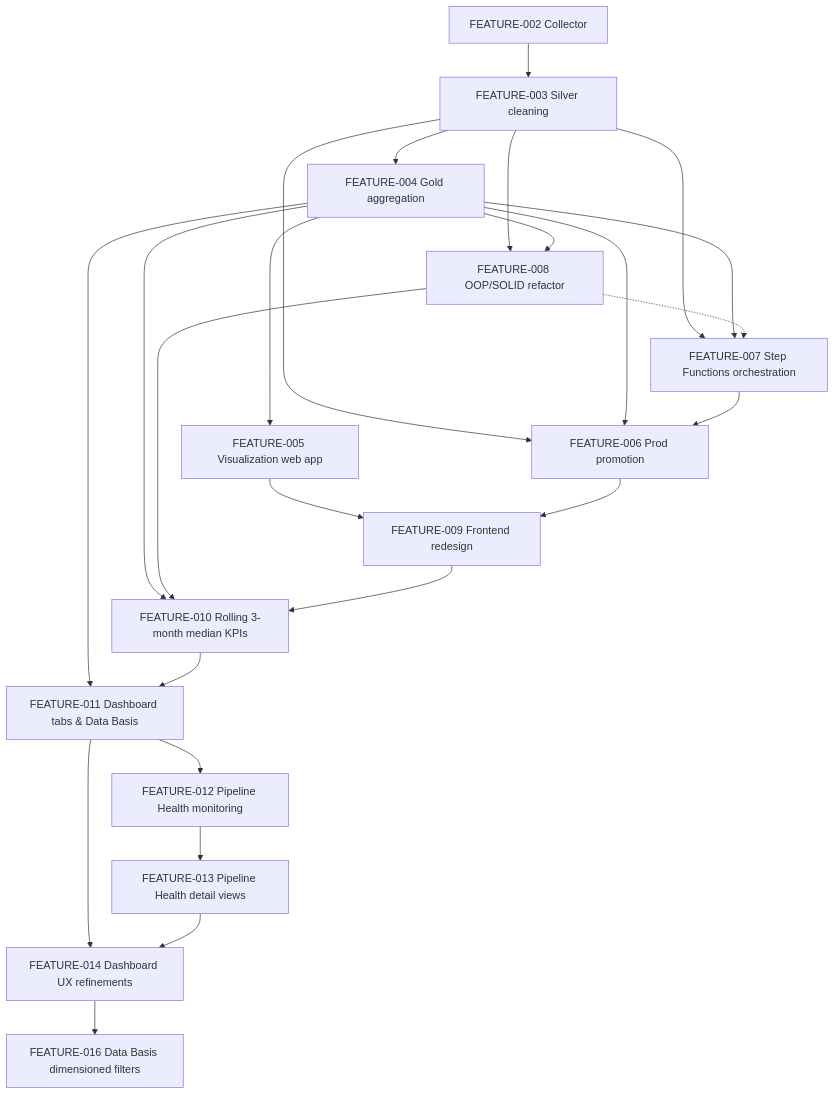
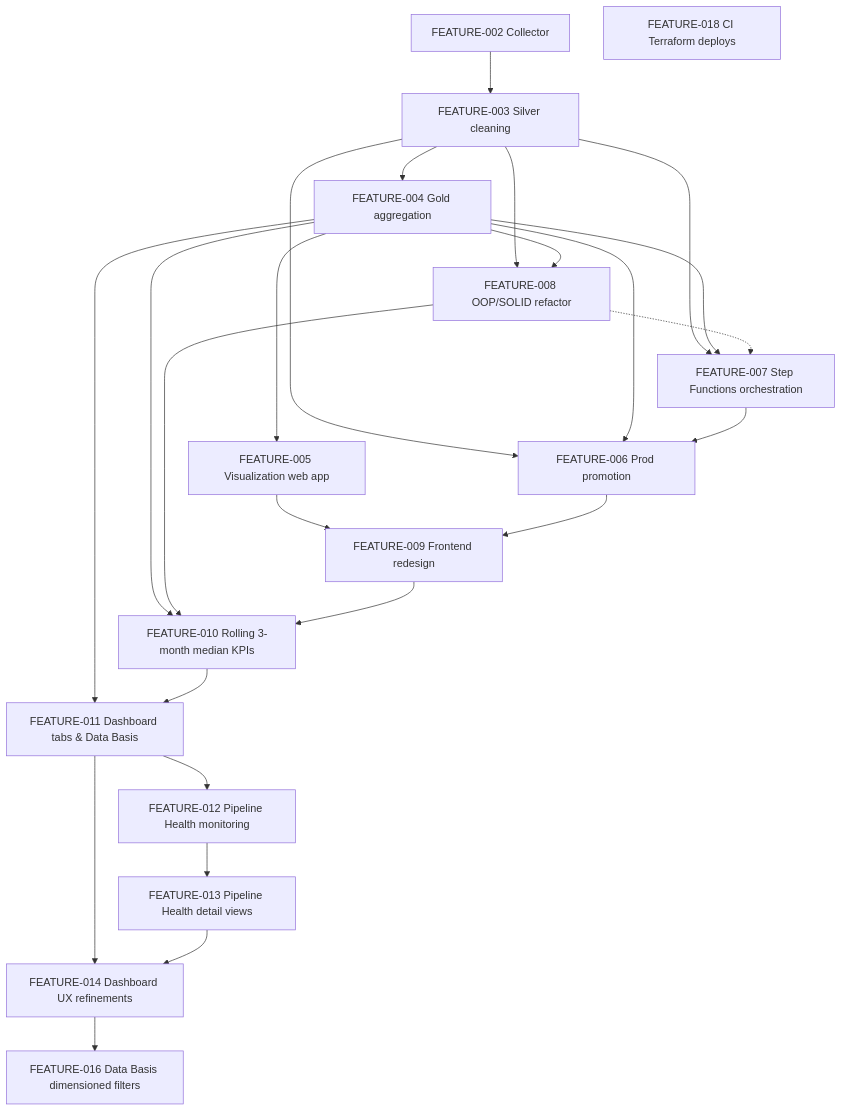
One commit to LeopoldWalther/vlc-market-pulse changed the diagram in dev/plans/README.md. Above: the diagram before and after it, drawn with Mermaid. The commit also changed other lines of this file and 1 other file, not shown here.

Commit message:
docs(plans): add FEATURE-018 CI terraform deploys
Claude-Session: https://claude.ai/code/session_01PC5djNaoygKZSLKr1dEkzH

````diff
--- a/dev/plans/README.md
+++ b/dev/plans/README.md
@@ -31,26 +32,27 @@
 ```mermaid
 graph TD
     F002[FEATURE-002 Collector] --> F003[FEATURE-003 Silver cleaning]
     F003 --> F004[FEATURE-004 Gold aggregation]
     F004 --> F005[FEATURE-005 Visualization web app]
     F003 --> F006[FEATURE-006 Prod promotion]
     F004 --> F006
     F003 --> F007[FEATURE-007 Step Functions orchestration]
     F004 --> F007
     F007 --> F006
     F003 --> F008[FEATURE-008 OOP/SOLID refactor]
     F004 --> F008
     F008 -.-> F007
     F005 --> F009[FEATURE-009 Frontend redesign]
     F006 --> F009
     F004 --> F010[FEATURE-010 Rolling 3-month median KPIs]
     F008 --> F010
     F009 --> F010
     F004 --> F011[FEATURE-011 Dashboard tabs & Data Basis]
     F010 --> F011
     F011 --> F012[FEATURE-012 Pipeline Health monitoring]
     F012 --> F013[FEATURE-013 Pipeline Health detail views]
     F011 --> F014[FEATURE-014 Dashboard UX refinements]
     F013 --> F014
     F014 --> F016[FEATURE-016 Data Basis dimensioned filters]
+    F018[FEATURE-018 CI Terraform deploys]
 ```
````
